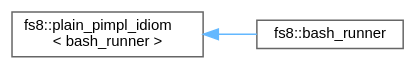
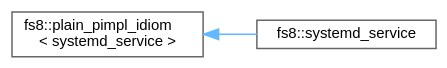
Before and after one commit to the-moisrex/foresight: the diagram in api/inherit_graph_109.dot, drawn with Graphviz. The commit also changed 165 other files, not shown here.

```diff
--- a/api/inherit_graph_109.dot
+++ b/api/inherit_graph_109.dot
@@ -1,11 +1,11 @@
 digraph "Graphical Class Hierarchy"
 {
  // LATEX_PDF_SIZE
   bgcolor="transparent";
   edge [fontname=Helvetica,fontsize=10,labelfontname=Helvetica,labelfontsize=10];
   node [fontname=Helvetica,fontsize=10,shape=box,height=0.2,width=0.4];
   rankdir="LR";
-  Node0 [id="Node000000",label="fs8::plain_pimpl_idiom\l\< bash_runner \>",height=0.2,width=0.4,color="grey40", fillcolor="white", style="filled",URL="$structfs8_1_1plain__pimpl__idiom.html",tooltip=" "];
-  Node0 -> Node1 [id="edge135_Node000000_Node000001",dir="back",color="steelblue1",style="solid",tooltip=" "];
-  Node1 [id="Node000001",label="fs8::bash_runner",height=0.2,width=0.4,color="grey40", fillcolor="white", style="filled",URL="$structfs8_1_1bash__runner.html",tooltip=" "];
+  Node0 [id="Node000000",label="fs8::plain_pimpl_idiom\l\< systemd_service \>",height=0.2,width=0.4,color="grey40", fillcolor="white", style="filled",URL="$structfs8_1_1plain__pimpl__idiom.html",tooltip=" "];
+  Node0 -> Node1 [id="edge137_Node000000_Node000001",dir="back",color="steelblue1",style="solid",tooltip=" "];
+  Node1 [id="Node000001",label="fs8::systemd_service",height=0.2,width=0.4,color="grey40", fillcolor="white", style="filled",URL="$structfs8_1_1systemd__service.html",tooltip=" "];
 }
```
